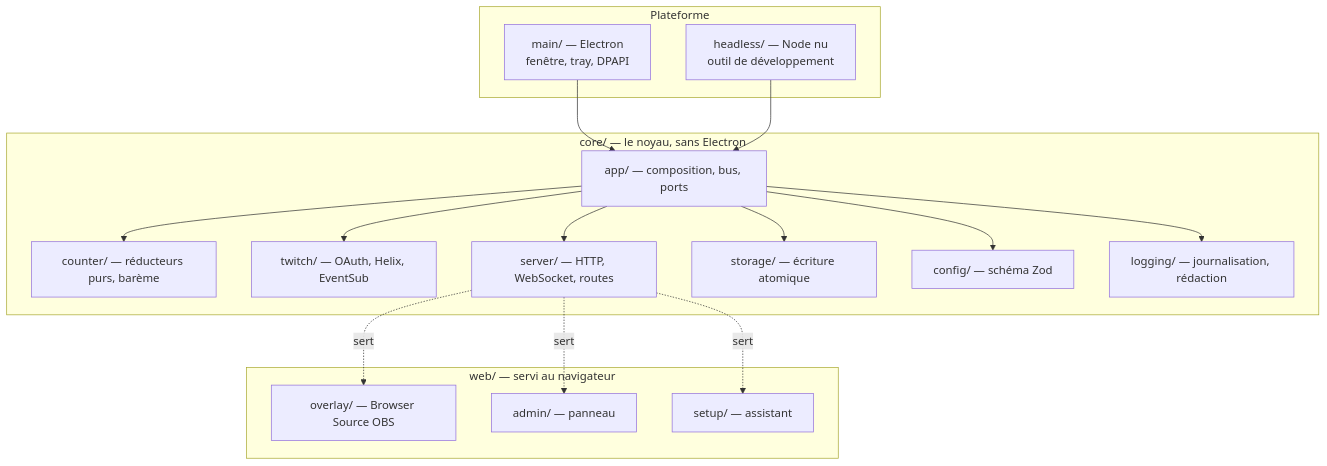
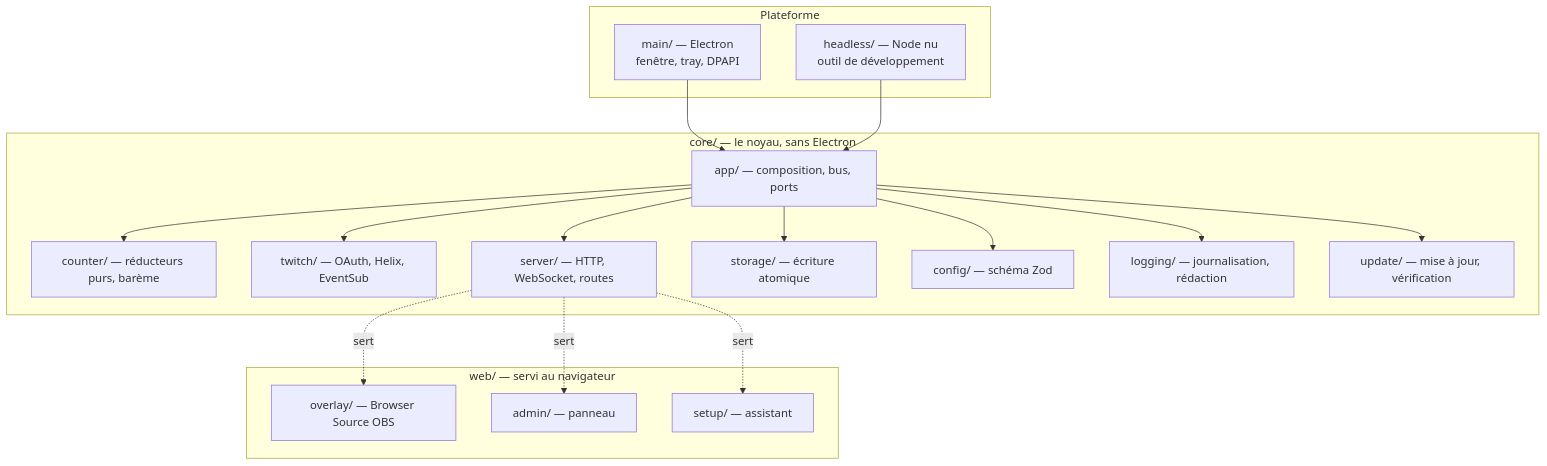
The first of 2 diagrams in docs/ARCHITECTURE.md (thedevopser/ChronoCast), drawn with Mermaid before and after one commit. The commit also changed other lines of this file and 47 other files, not shown here.

First line of the commit message:
Mise à jour automatique — ChronoCast 0.5.0 (#23)

````diff
--- a/docs/ARCHITECTURE.md
+++ b/docs/ARCHITECTURE.md
@@ -23,35 +23,37 @@
 ```mermaid
 graph TD
     subgraph Plateforme
         MAIN["main/ — Electron<br/>fenêtre, tray, DPAPI"]
         HEADLESS["headless/ — Node nu<br/>outil de développement"]
     end
 
     subgraph "core/ — le noyau, sans Electron"
         APP["app/ — composition, bus, ports"]
         COUNTER["counter/ — réducteurs purs, barème"]
         TWITCH["twitch/ — OAuth, Helix, EventSub"]
         SERVER["server/ — HTTP, WebSocket, routes"]
         STORAGE["storage/ — écriture atomique"]
         CONFIG["config/ — schéma Zod"]
         LOG["logging/ — journalisation, rédaction"]
+        UPDATE["update/ — mise à jour, vérification"]
     end
 
     subgraph "web/ — servi au navigateur"
         OVERLAY["overlay/ — Browser Source OBS"]
         ADMIN["admin/ — panneau"]
         SETUP["setup/ — assistant"]
     end
 
     MAIN --> APP
     HEADLESS --> APP
     APP --> COUNTER
     APP --> TWITCH
     APP --> SERVER
     APP --> STORAGE
     APP --> CONFIG
     APP --> LOG
+    APP --> UPDATE
     SERVER -.sert.-> OVERLAY
     SERVER -.sert.-> ADMIN
     SERVER -.sert.-> SETUP
 ```
````
